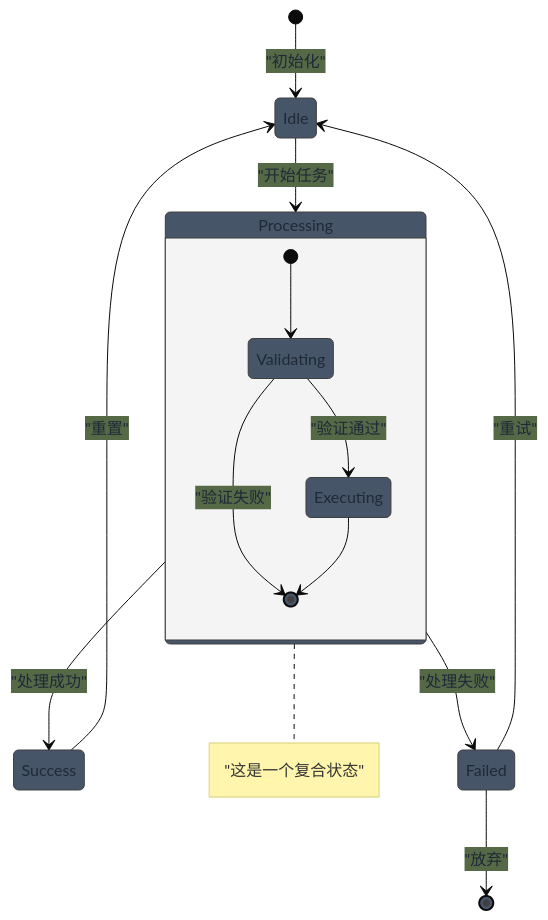
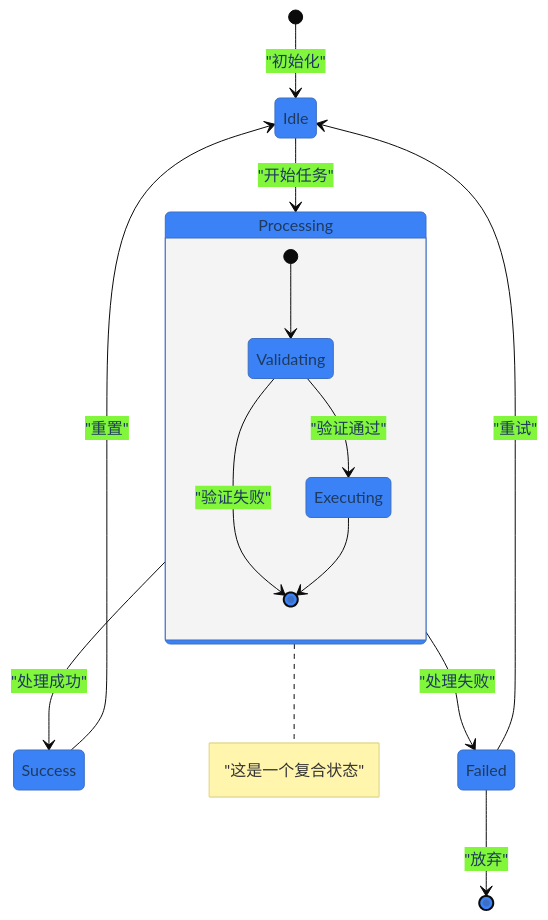
One commit to unix2dos/skills changed the eighth of 17 diagrams in mermaid-generator/SKILL.md. Above: the diagram before and after it, drawn with Mermaid. The commit also changed other lines of this file, not shown here.

Commit message:
feat: Update Mermaid theme colors to a brighter blue palette

````diff
--- a/mermaid-generator/SKILL.md
+++ b/mermaid-generator/SKILL.md
@@ -269,22 +269,22 @@
 ```mermaid
-%%{init: {'theme': 'base', 'themeVariables': {'primaryColor': '#475569', 'primaryTextColor': '#1F2937'}}}%%
+%%{init: {'theme': 'base', 'themeVariables': {'primaryColor': '#3B82F6', 'primaryTextColor': '#1E3A5F'}}}%%
 stateDiagram-v2
     [*] --> Idle: "初始化"
 
     Idle --> Processing: "开始任务"
     Processing --> Success: "处理成功"
     Processing --> Failed: "处理失败"
 
     Success --> Idle: "重置"
     Failed --> Idle: "重试"
     Failed --> [*]: "放弃"
 
     state Processing {
         [*] --> Validating
         Validating --> Executing: "验证通过"
         Validating --> [*]: "验证失败"
         Executing --> [*]
     }
 
     note right of Processing: "这是一个复合状态"
 ```
````
